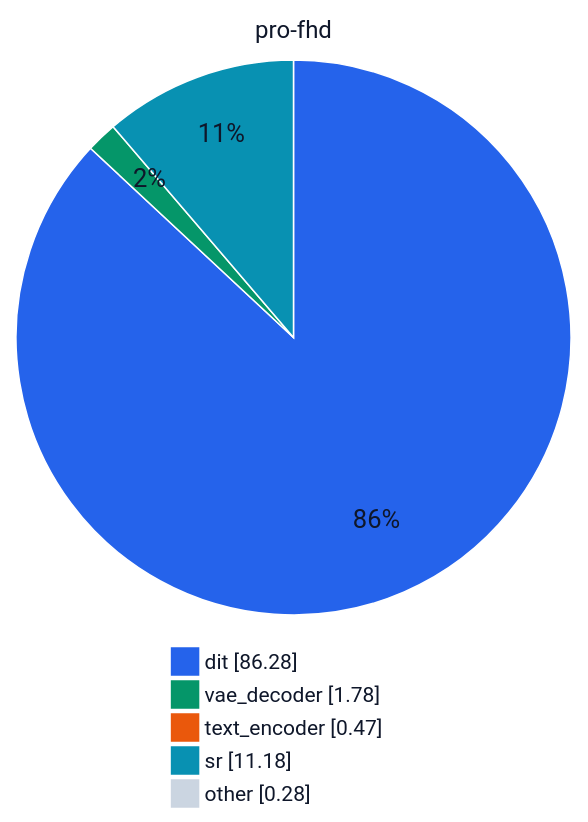
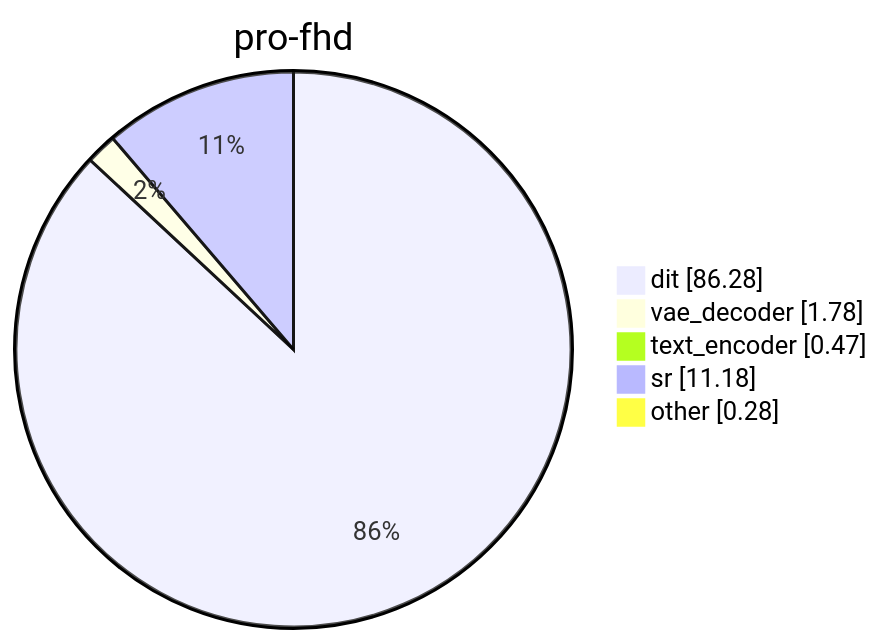
The eighth of 8 diagrams in docs/performance/rtx-5090.md (VilisovEvgeny/kandinsky-6), drawn with Mermaid before and after one commit. The commit also changed other lines of this file and 3 other files, not shown here.

````diff
--- a/docs/performance/rtx-5090.md
+++ b/docs/performance/rtx-5090.md
@@ -256,30 +91,9 @@
 ```mermaid
----
-config:
-  theme: base
-  pie:
-    legendPosition: bottom
-  themeVariables:
-    pieOpacity: 1
-    pieStrokeColor: "#ffffff"
-    pieStrokeWidth: "1px"
-    pieOuterStrokeColor: "#ffffff"
-    pieTitleTextSize: "16px"
-    pieTitleTextColor: "#0f172a"
-    pieLegendTextSize: "14px"
-    pieLegendTextColor: "#0f172a"
-    pieSectionTextColor: "#0f172a"
-    pie1: "#2563EB"
-    pie2: "#059669"
-    pie3: "#EA580C"
-    pie4: "#0891B2"
-    pie5: "#CBD5E1"
----
 pie showData
     title pro-fhd
     "dit" : 86.28
     "vae_decoder" : 1.78
     "text_encoder" : 0.47
     "sr" : 11.18
     "other" : 0.28
 ```
````
